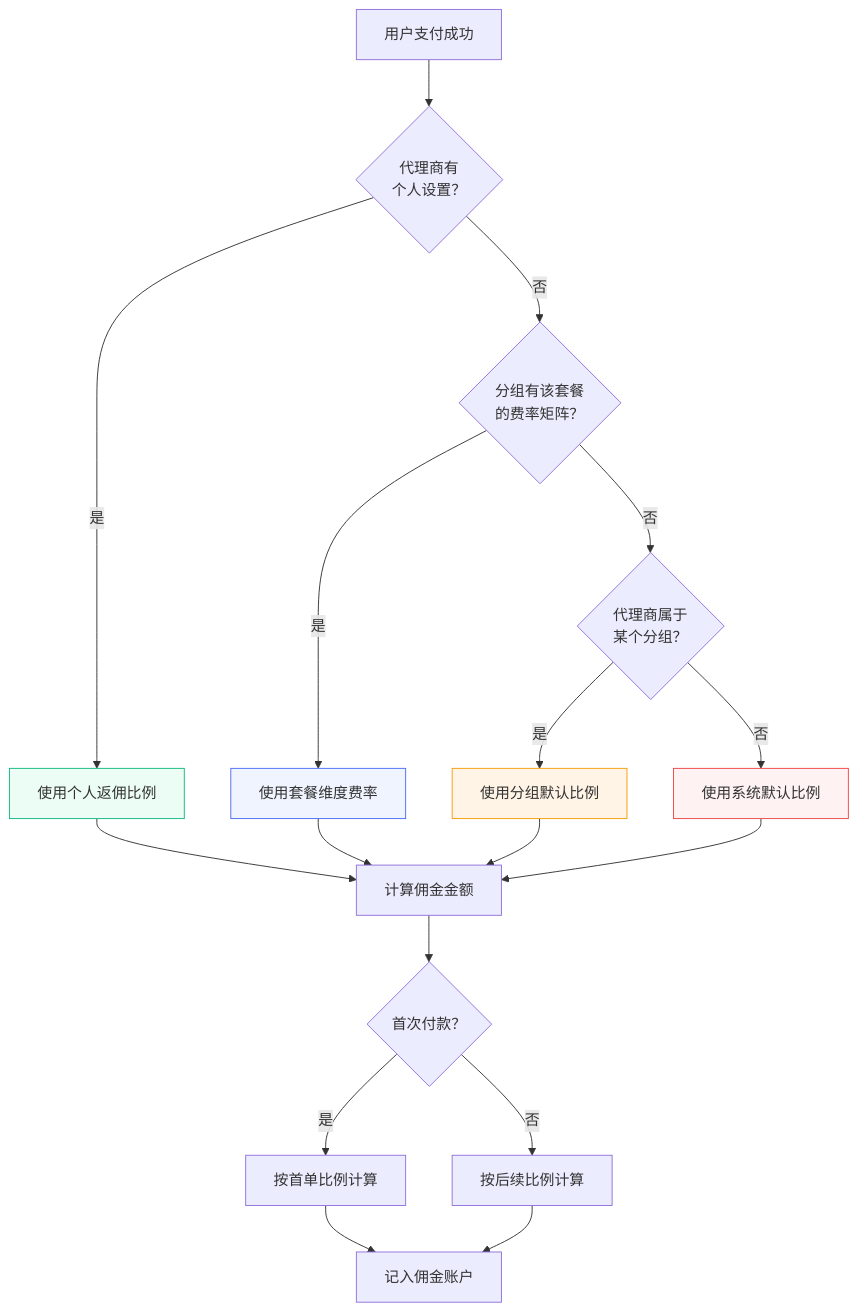
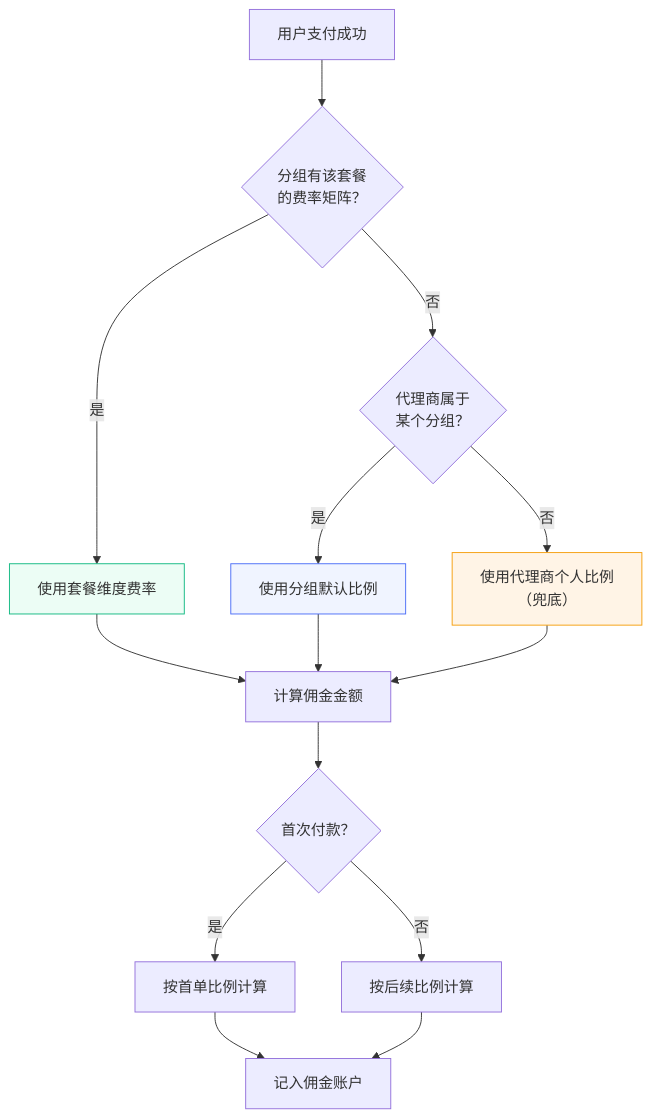
Before and after one commit to huohuastudio/docs: the diagram in docs/novaix/agent.md, drawn with Mermaid. The commit also changed other lines of this file and 1 other file, not shown here.

Commit message:
fix: 修正佣金优先级图与文字（匹配代码实现），实例状态图补充救援模式

````diff
--- a/docs/novaix/agent.md
+++ b/docs/novaix/agent.md
@@ -57,27 +56,23 @@
 ```mermaid
 flowchart TD
-    start["用户支付成功"] --> hasPersonal{"代理商有<br/>个人设置？"}
-    hasPersonal -->|是| personal["使用个人返佣比例"]
-    hasPersonal -->|否| hasPlanRate{"分组有该套餐<br/>的费率矩阵？"}
+    start["用户支付成功"] --> hasPlanRate{"分组有该套餐<br/>的费率矩阵？"}
     hasPlanRate -->|是| planRate["使用套餐维度费率"]
-    hasPlanRate -->|否| hasGroupDefault{"代理商属于<br/>某个分组？"}
-    hasGroupDefault -->|是| groupDefault["使用分组默认比例"]
-    hasGroupDefault -->|否| sysDefault["使用系统默认比例"]
+    hasPlanRate -->|否| hasGroup{"代理商属于<br/>某个分组？"}
+    hasGroup -->|是| groupDefault["使用分组默认比例"]
+    hasGroup -->|否| personal["使用代理商个人比例<br/>（兜底）"]
 
-    personal --> calc["计算佣金金额"]
-    planRate --> calc
+    planRate --> calc["计算佣金金额"]
     groupDefault --> calc
-    sysDefault --> calc
+    personal --> calc
 
     calc --> isFirst{"首次付款？"}
     isFirst -->|是| firstRate["按首单比例计算"]
     isFirst -->|否| renewRate["按后续比例计算"]
 
     firstRate --> record["记入佣金账户"]
     renewRate --> record
 
-    style personal fill:#ecfdf5,stroke:#10b981
-    style planRate fill:#f0f4ff,stroke:#4a6cf7
-    style groupDefault fill:#fff4e6,stroke:#f59e0b
-    style sysDefault fill:#fef2f2,stroke:#ef4444
+    style planRate fill:#ecfdf5,stroke:#10b981
+    style groupDefault fill:#f0f4ff,stroke:#4a6cf7
+    style personal fill:#fff4e6,stroke:#f59e0b
 ```
````
